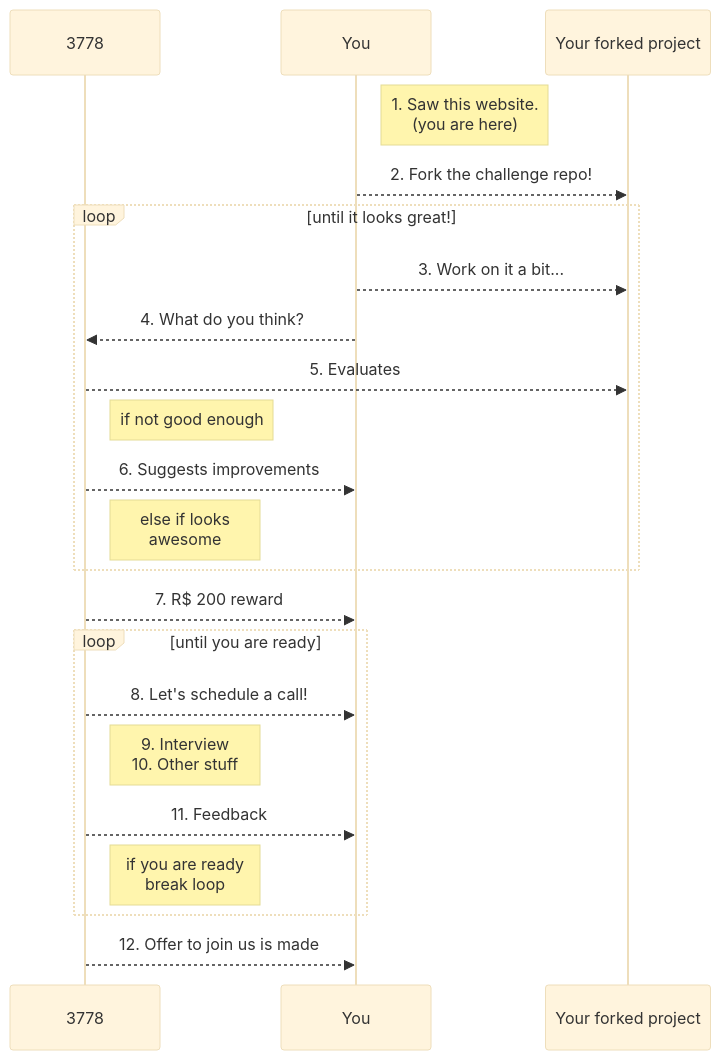
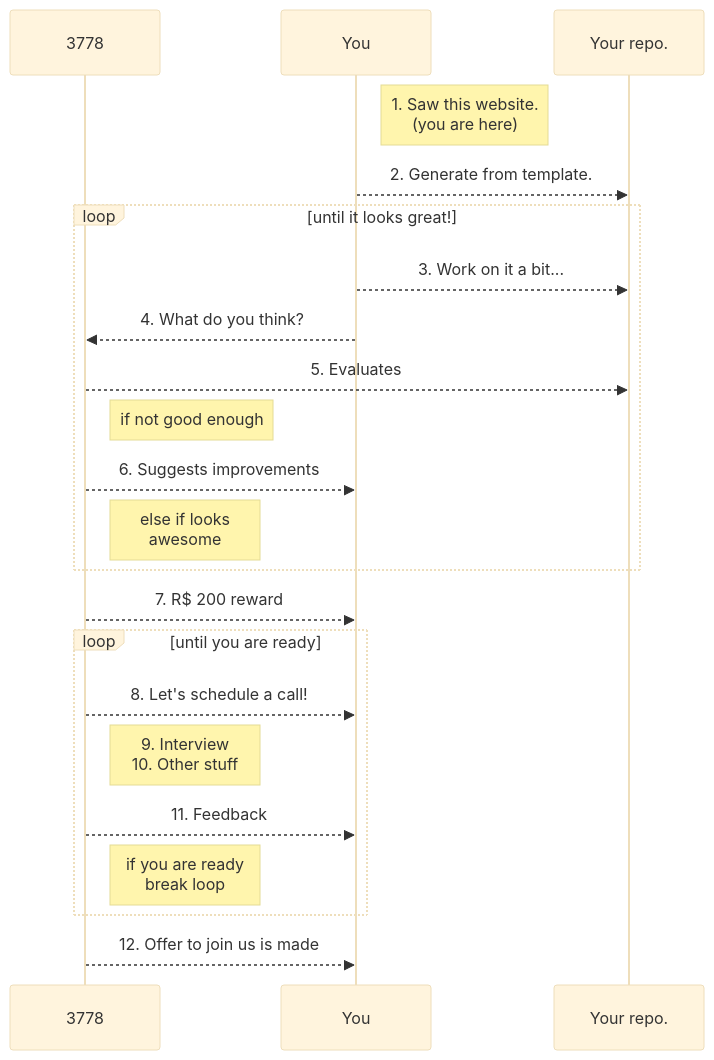
One commit to 3778/website-research changed the diagram in content/join-us.md. Above: the diagram before and after it, drawn with Mermaid (base theme). The commit also changed other lines of this file, not shown here.

````diff
--- a/content/join-us.md
+++ b/content/join-us.md
@@ -9,24 +46,24 @@
 ```mermaid
 sequenceDiagram
     participant 3778
     participant You
-    participant Your forked project
+    participant Your repo.
     Note right of You: 1. Saw this website. <br> (you are here)
-    You-->>Your forked project: 2. Fork the challenge repo!
+    You-->>Your repo.: 2. Generate from template.
     loop until it looks great!
-        You-->>Your forked project: 3. Work on it a bit...
+        You-->>Your repo.: 3. Work on it a bit...
         You-->>3778: 4. What do you think?
-        3778-->>Your forked project: 5. Evaluates
+        3778-->>Your repo.: 5. Evaluates
         Note right of 3778: if not good enough
         3778-->>You: 6. Suggests improvements
         Note right of 3778: else if looks <br> awesome
     end
     3778-->>You: 7. R$ 200 reward
     loop until you are ready
         3778-->>You: 8. Let's schedule a call!
         Note right of 3778: 9. Interview <br> 10. Other stuff
         3778-->>You: 11. Feedback
         Note right of 3778: if you are ready <br> break loop
     end
     3778-->>You: 12. Offer to join us is made
 ```
````
